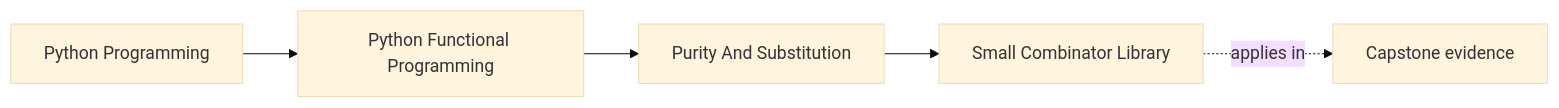
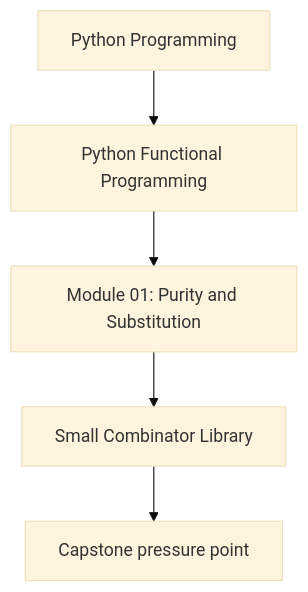
The first of 2 diagrams in programs/python-programming/python-functional-programming/course-book/module-01-purity-and-substitution/small-combinator-library.md (bijux/bijux-masterclass), drawn with Mermaid (base theme) before and after one commit. The commit also changed other lines of this file and 118 other files, not shown here.

Commit message:
docs(python-functional-programming): align concept page diagrams

````diff
--- a/programs/python-programming/python-functional-programming/course-book/module-01-purity-and-substitution/small-combinator-library.md
+++ b/programs/python-programming/python-functional-programming/course-book/module-01-purity-and-substitution/small-combinator-library.md
@@ -7,11 +7,7 @@
 ```mermaid
-graph LR
-  family["Python Programming"]
-  program["Python Functional Programming"]
-  section["Purity And Substitution"]
-  page["Small Combinator Library"]
-  capstone["Capstone evidence"]
-
-  family --> program --> section --> page
-  page -.applies in.-> capstone
+flowchart TD
+  family["Python Programming"] --> program["Python Functional Programming"]
+  program --> module["Module 01: Purity and Substitution"]
+  module --> concept["Small Combinator Library"]
+  concept --> capstone["Capstone pressure point"]
 ```
````
